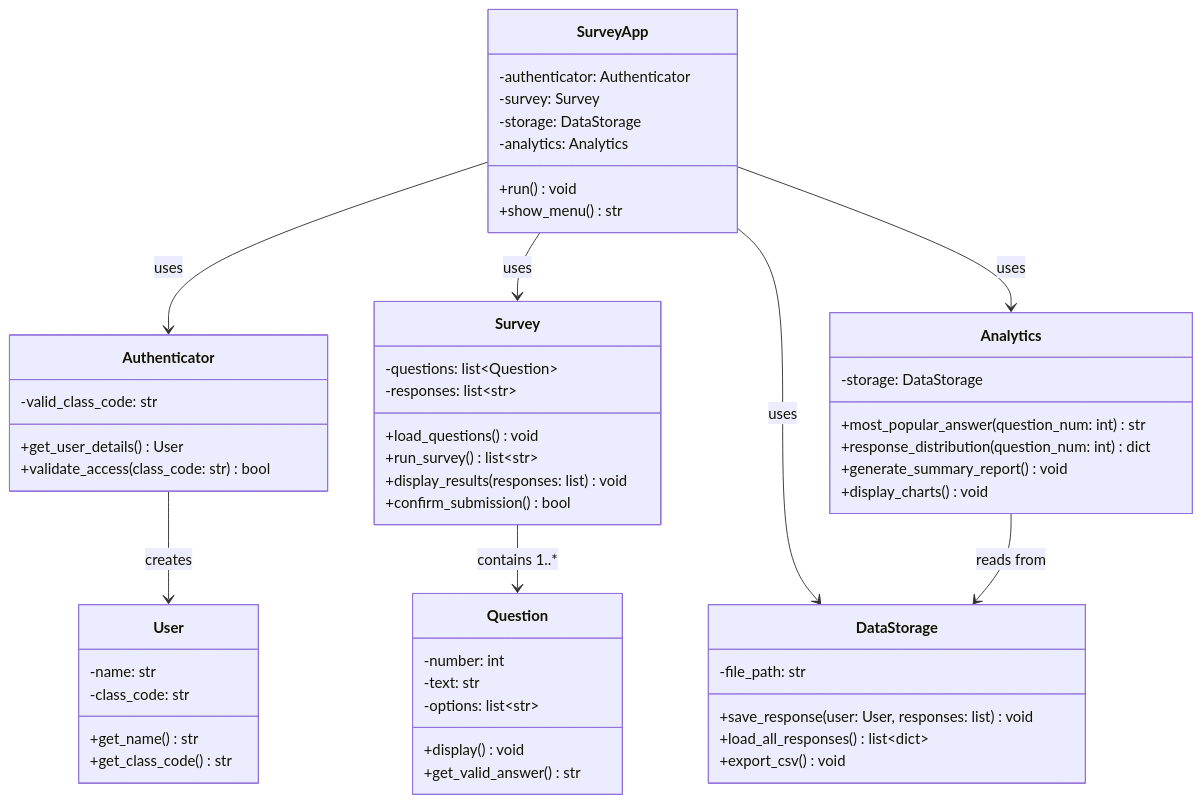
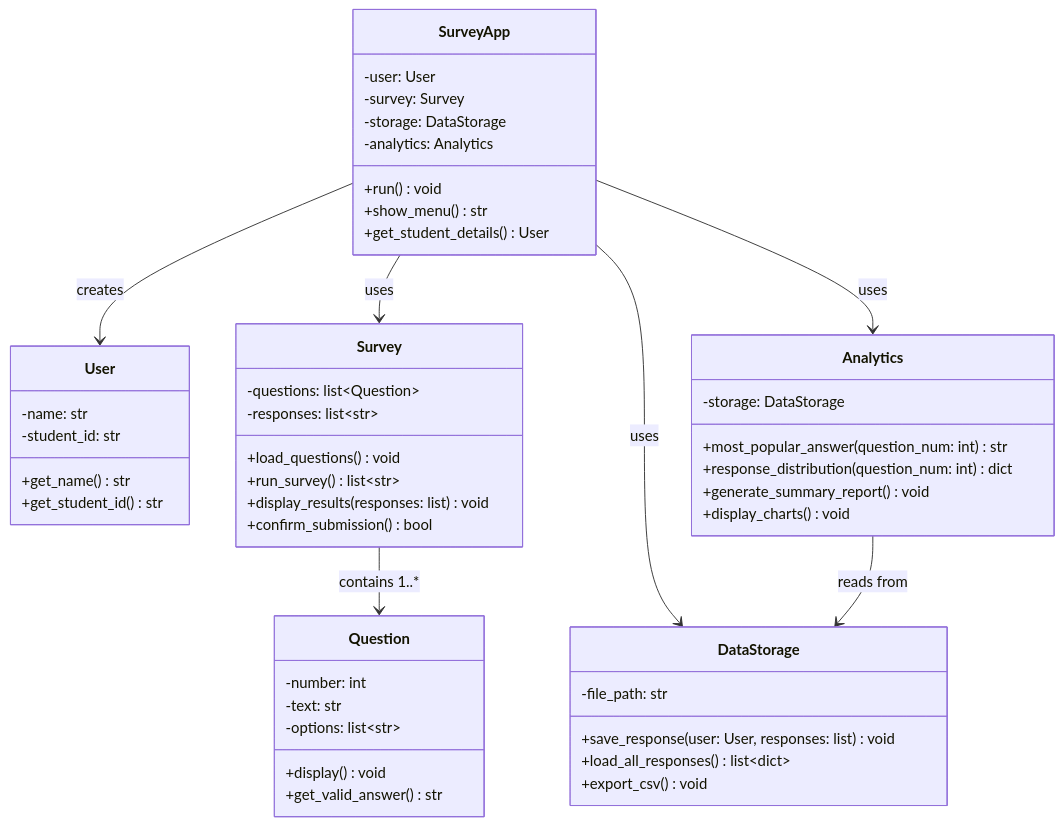
Before and after one commit to adarshk23/F1-Survey-Analytics-Refactored: the first of 2 diagrams in DESIGN.md, drawn with Mermaid. The commit also changed other lines of this file and 22 other files, not shown here.

````diff
--- a/DESIGN.md
+++ b/DESIGN.md
@@ -43,66 +48,60 @@
 ```mermaid
 classDiagram
     direction TB
 
     class SurveyApp {
-        -authenticator: Authenticator
+        -user: User
         -survey: Survey
         -storage: DataStorage
         -analytics: Analytics
         +run() void
         +show_menu() str
-    }
-
-    class Authenticator {
-        -valid_class_code: str
-        +get_user_details() User
-        +validate_access(class_code: str) bool
+        +get_student_details() User
     }
 
     class User {
         -name: str
-        -class_code: str
+        -student_id: str
         +get_name() str
-        +get_class_code() str
+        +get_student_id() str
     }
 
     class Survey {
         -questions: list~Question~
         -responses: list~str~
         +load_questions() void
         +run_survey() list~str~
         +display_results(responses: list) void
         +confirm_submission() bool
     }
 
     class Question {
         -number: int
         -text: str
         -options: list~str~
         +display() void
         +get_valid_answer() str
     }
 
     class DataStorage {
         -file_path: str
         +save_response(user: User, responses: list) void
         +load_all_responses() list~dict~
         +export_csv() void
     }
 
     class Analytics {
         -storage: DataStorage
         +most_popular_answer(question_num: int) str
         +response_distribution(question_num: int) dict
         +generate_summary_report() void
         +display_charts() void
     }
 
-    SurveyApp --> Authenticator : uses
+    SurveyApp --> User : creates
     SurveyApp --> Survey : uses
     SurveyApp --> DataStorage : uses
     SurveyApp --> Analytics : uses
-    Authenticator --> User : creates
     Survey --> Question : contains 1..*
     Analytics --> DataStorage : reads from
 ```
````
